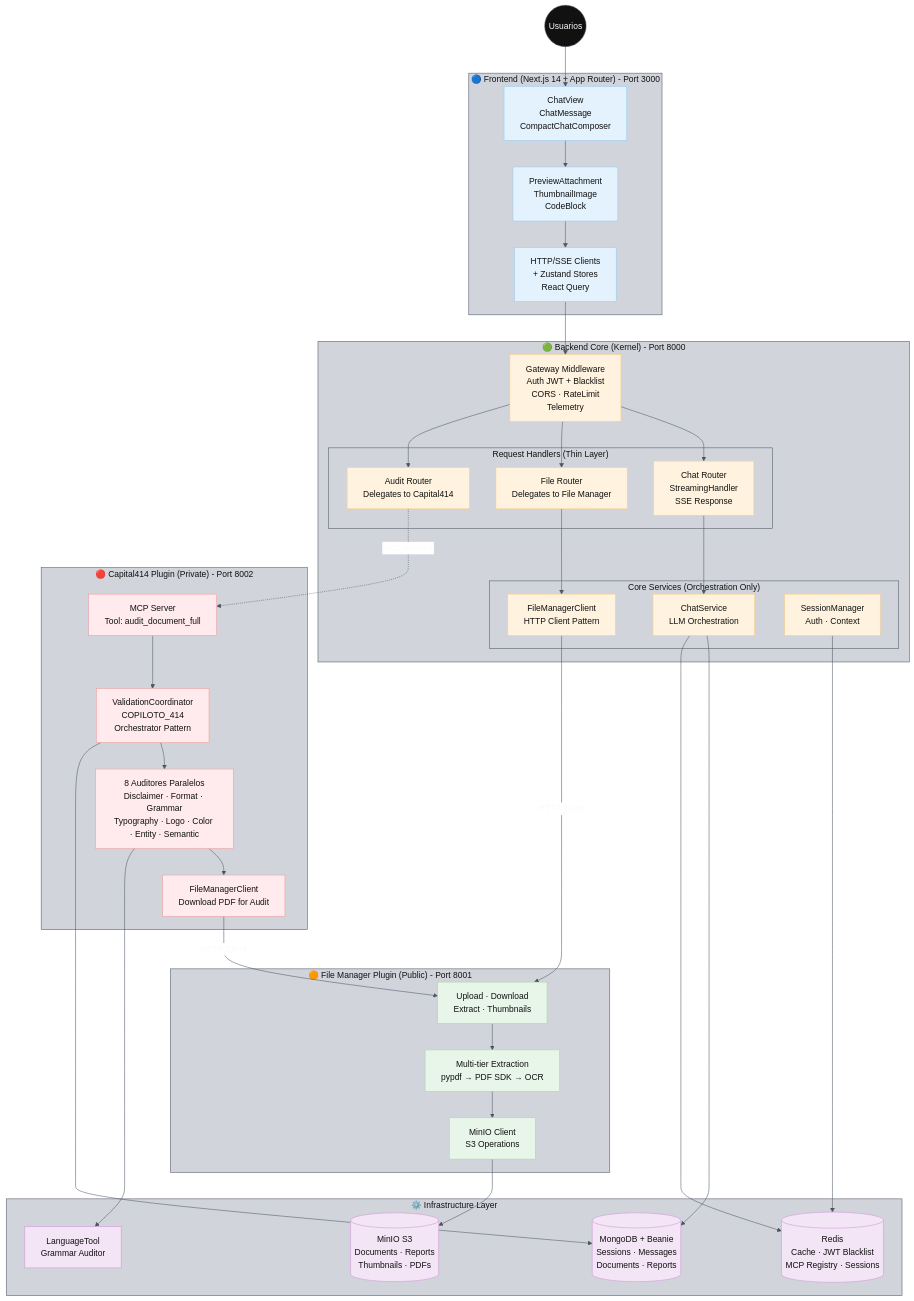
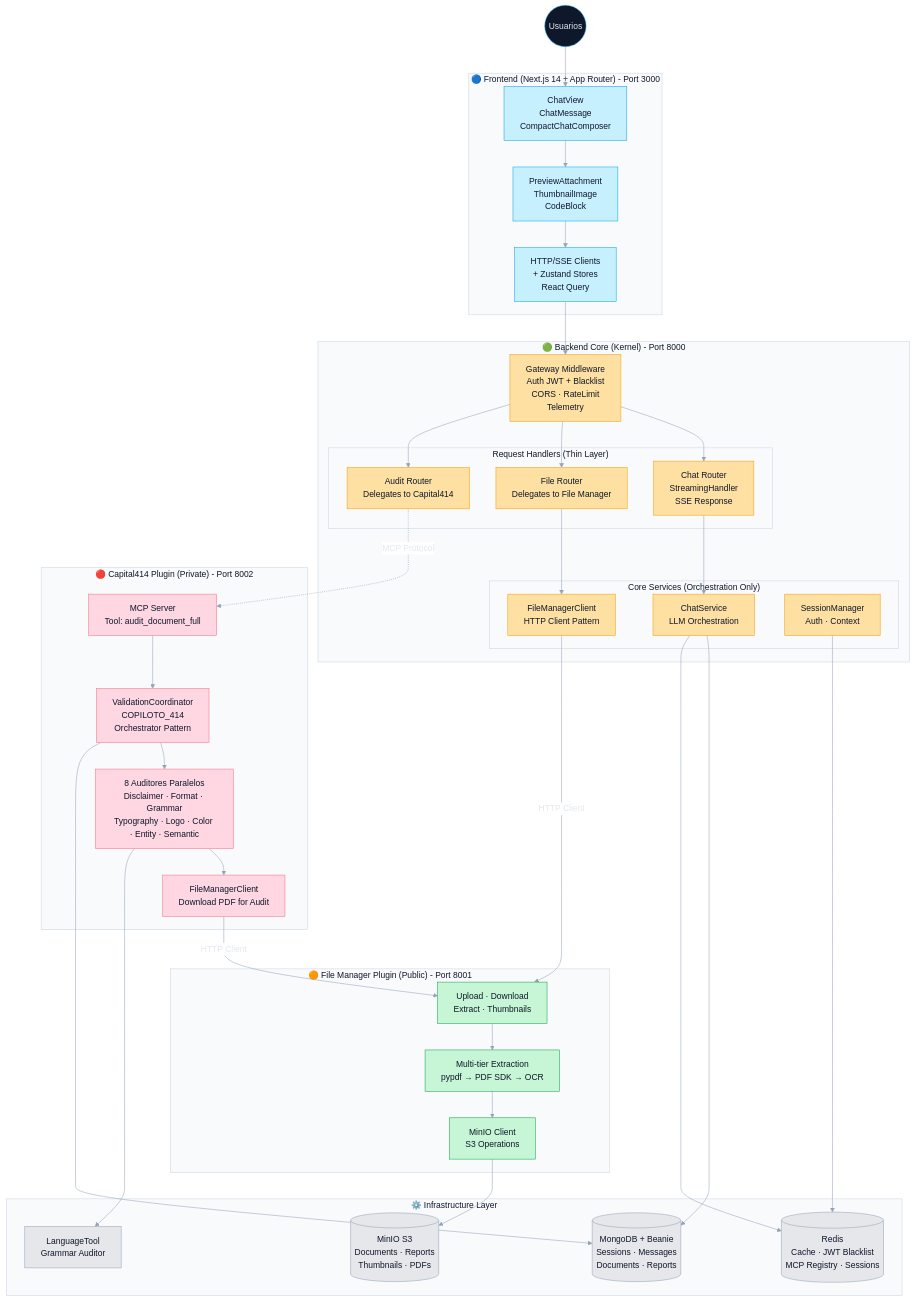
Before and after one commit to saptiva-ai/octavios-chat: the third of 11 diagrams in README.md, drawn with Mermaid. The commit also changed other lines of this file, not shown here.

Commit message:
docs: compact README and refresh diagrams

````diff
--- a/README.md
+++ b/README.md
@@ -458,81 +447,81 @@
 ```mermaid
-%%{init: {'theme': 'base', 'themeVariables': {'primaryColor': '#111111','primaryBorderColor': '#4b5563','primaryTextColor': '#f9fafb','lineColor': '#4b5563','secondaryColor': '#ffffff','secondaryBorderColor': '#4b5563','secondaryTextColor': '#111111','tertiaryColor': '#d1d5db','tertiaryBorderColor': '#4b5563','tertiaryTextColor': '#111111'}}}%%
+%%{init: {'theme': 'base', 'themeVariables': {'primaryColor': '#0f172a','primaryBorderColor': '#38bdf8','primaryTextColor': '#e2e8f0','lineColor': '#94a3b8','secondaryColor': '#ffffff','secondaryBorderColor': '#cbd5e1','secondaryTextColor': '#0f172a','tertiaryColor': '#f8fafc','tertiaryBorderColor': '#cbd5e1','tertiaryTextColor': '#0f172a'}}}%%
 flowchart TB
     user((Usuarios)):::light --> web_ui
 
     subgraph Frontend["🔵 Frontend (Next.js 14 + App Router) - Port 3000"]
         web_ui["ChatView<br/>ChatMessage<br/>CompactChatComposer"]:::frontend
         web_components["PreviewAttachment<br/>ThumbnailImage<br/>CodeBlock"]:::frontend
         web_clients["HTTP/SSE Clients<br/>+ Zustand Stores<br/>React Query"]:::frontend
     end
 
     web_ui --> web_components
     web_components --> web_clients
     web_clients --> gateway
 
     subgraph Core["🟢 Backend Core (Kernel) - Port 8000"]
         gateway["Gateway Middleware<br/>Auth JWT + Blacklist<br/>CORS · RateLimit<br/>Telemetry"]:::core
 
         subgraph Handlers["Request Handlers (Thin Layer)"]
             chat_router["Chat Router<br/>StreamingHandler<br/>SSE Response"]:::core
             file_router["File Router<br/>Delegates to File Manager"]:::core
             audit_router["Audit Router<br/>Delegates to Capital414"]:::core
         end
 
         subgraph CoreServices["Core Services (Orchestration Only)"]
             chat_service["ChatService<br/>LLM Orchestration"]:::core
             fm_client["FileManagerClient<br/>HTTP Client Pattern"]:::core
             session_mgr["SessionManager<br/>Auth · Context"]:::core
         end
     end
 
     gateway --> chat_router
     gateway --> file_router
     gateway --> audit_router
 
     chat_router --> chat_service
     file_router --> fm_client
     audit_router -.->|"MCP Protocol"| capital414_service
 
     subgraph FileManager["🟠 File Manager Plugin (Public) - Port 8001"]
         fm_routes["Upload · Download<br/>Extract · Thumbnails"]:::plugin_public
         fm_extraction["Multi-tier Extraction<br/>pypdf → PDF SDK → OCR"]:::plugin_public
         fm_minio["MinIO Client<br/>S3 Operations"]:::plugin_public
     end
 
     fm_client -->|"HTTP Client"| fm_routes
     fm_routes --> fm_extraction
     fm_extraction --> fm_minio
 
     subgraph Capital414["🔴 Capital414 Plugin (Private) - Port 8002"]
         capital414_service["MCP Server<br/>Tool: audit_document_full"]:::plugin_private
         validation_coord["ValidationCoordinator<br/>COPILOTO_414<br/>Orchestrator Pattern"]:::plugin_private
         auditores["8 Auditores Paralelos<br/>Disclaimer · Format · Grammar<br/>Typography · Logo · Color · Entity · Semantic"]:::plugin_private
         c414_fm_client["FileManagerClient<br/>Download PDF for Audit"]:::plugin_private
     end
 
     capital414_service --> validation_coord
     validation_coord --> auditores
     auditores --> c414_fm_client
     c414_fm_client -->|"HTTP Client"| fm_routes
 
     subgraph Infrastructure["⚙️ Infrastructure Layer"]
         mongo[(MongoDB + Beanie<br/>Sessions · Messages<br/>Documents · Reports)]:::infra
         redis[(Redis<br/>Cache · JWT Blacklist<br/>MCP Registry · Sessions)]:::infra
         minio[(MinIO S3<br/>Documents · Reports<br/>Thumbnails · PDFs)]:::infra
         languagetool["LanguageTool<br/>Grammar Auditor"]:::infra
     end
 
     chat_service --> mongo
     chat_service --> redis
     session_mgr --> redis
     fm_minio --> minio
     validation_coord --> mongo
     auditores --> languagetool
 
-    classDef frontend fill:#e3f2fd,stroke:#90caf9,color:#111111;
-    classDef core fill:#fff3e0,stroke:#ffcc80,color:#111111;
-    classDef plugin_public fill:#e8f5e9,stroke:#a5d6a7,color:#111111;
-    classDef plugin_private fill:#ffebee,stroke:#ef9a9a,color:#111111;
-    classDef infra fill:#f3e5f5,stroke:#ce93d8,color:#111111;
+    classDef frontend fill:#c7f0ff,stroke:#0ea5e9,color:#0f172a;
+    classDef core fill:#ffe0a3,stroke:#f59e0b,color:#0f172a;
+    classDef plugin_public fill:#c6f6d5,stroke:#16a34a,color:#0f172a;
+    classDef plugin_private fill:#fed7e2,stroke:#fb7185,color:#0f172a;
+    classDef infra fill:#e5e7eb,stroke:#94a3b8,color:#0f172a;
 ```
````
